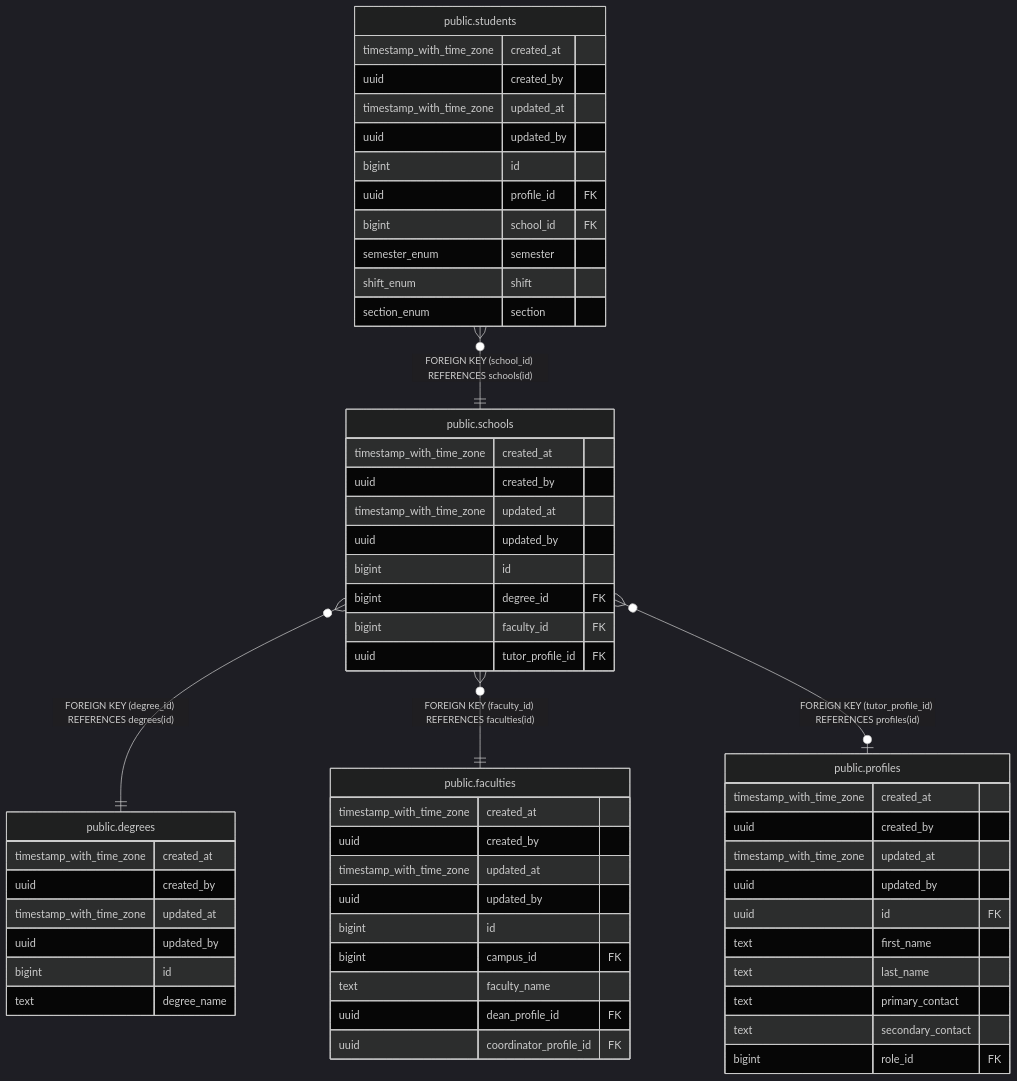
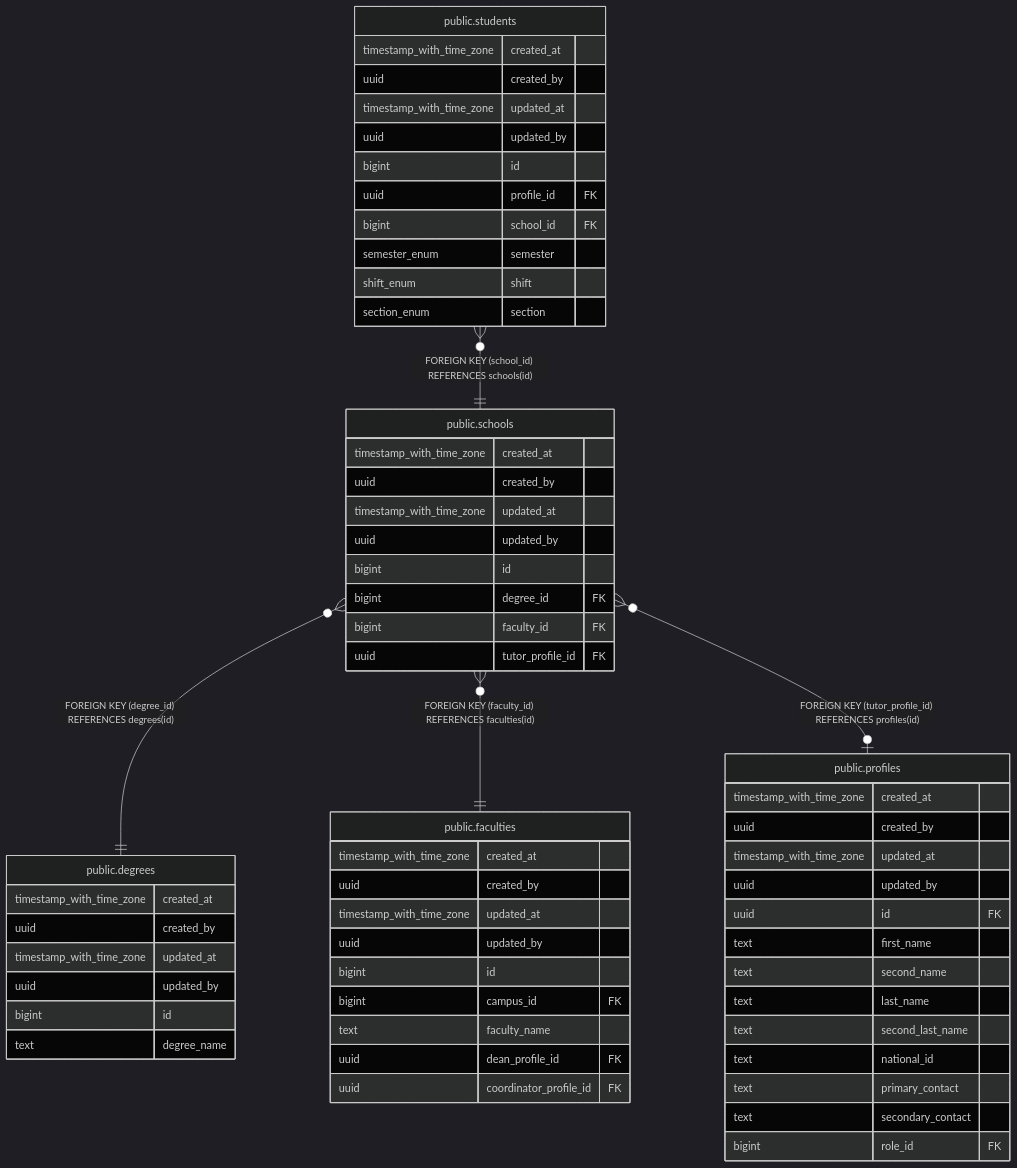
The diagram in docs/db/tbls/public.schools.md (icristianhernandez/academic-service-backend), drawn with Mermaid (dark theme) before and after one commit. The commit also changed 17 other files, not shown here.

First line of the commit message:
chore(profiles): add secondary name and national_id fields

````diff
--- a/docs/db/tbls/public.schools.md
+++ b/docs/db/tbls/public.schools.md
@@ -44,62 +44,65 @@
 ```mermaid
 erDiagram
 
 "public.students" }o--|| "public.schools" : "FOREIGN KEY (school_id) REFERENCES schools(id)"
 "public.schools" }o--|| "public.degrees" : "FOREIGN KEY (degree_id) REFERENCES degrees(id)"
 "public.schools" }o--|| "public.faculties" : "FOREIGN KEY (faculty_id) REFERENCES faculties(id)"
 "public.schools" }o--o| "public.profiles" : "FOREIGN KEY (tutor_profile_id) REFERENCES profiles(id)"
 
 "public.schools" {
   timestamp_with_time_zone created_at ""
   uuid created_by ""
   timestamp_with_time_zone updated_at ""
   uuid updated_by ""
   bigint id ""
   bigint degree_id FK ""
   bigint faculty_id FK ""
   uuid tutor_profile_id FK ""
 }
 "public.students" {
   timestamp_with_time_zone created_at ""
   uuid created_by ""
   timestamp_with_time_zone updated_at ""
   uuid updated_by ""
   bigint id ""
   uuid profile_id FK ""
   bigint school_id FK ""
   semester_enum semester ""
   shift_enum shift ""
   section_enum section ""
 }
 "public.degrees" {
   timestamp_with_time_zone created_at ""
   uuid created_by ""
   timestamp_with_time_zone updated_at ""
   uuid updated_by ""
   bigint id ""
   text degree_name ""
 }
 "public.faculties" {
   timestamp_with_time_zone created_at ""
   uuid created_by ""
   timestamp_with_time_zone updated_at ""
   uuid updated_by ""
   bigint id ""
   bigint campus_id FK ""
   text faculty_name ""
   uuid dean_profile_id FK ""
   uuid coordinator_profile_id FK ""
 }
 "public.profiles" {
   timestamp_with_time_zone created_at ""
   uuid created_by ""
   timestamp_with_time_zone updated_at ""
   uuid updated_by ""
   uuid id FK ""
   text first_name ""
+  text second_name ""
   text last_name ""
+  text second_last_name ""
+  text national_id ""
   text primary_contact ""
   text secondary_contact ""
   bigint role_id FK ""
 }
 ```
````
